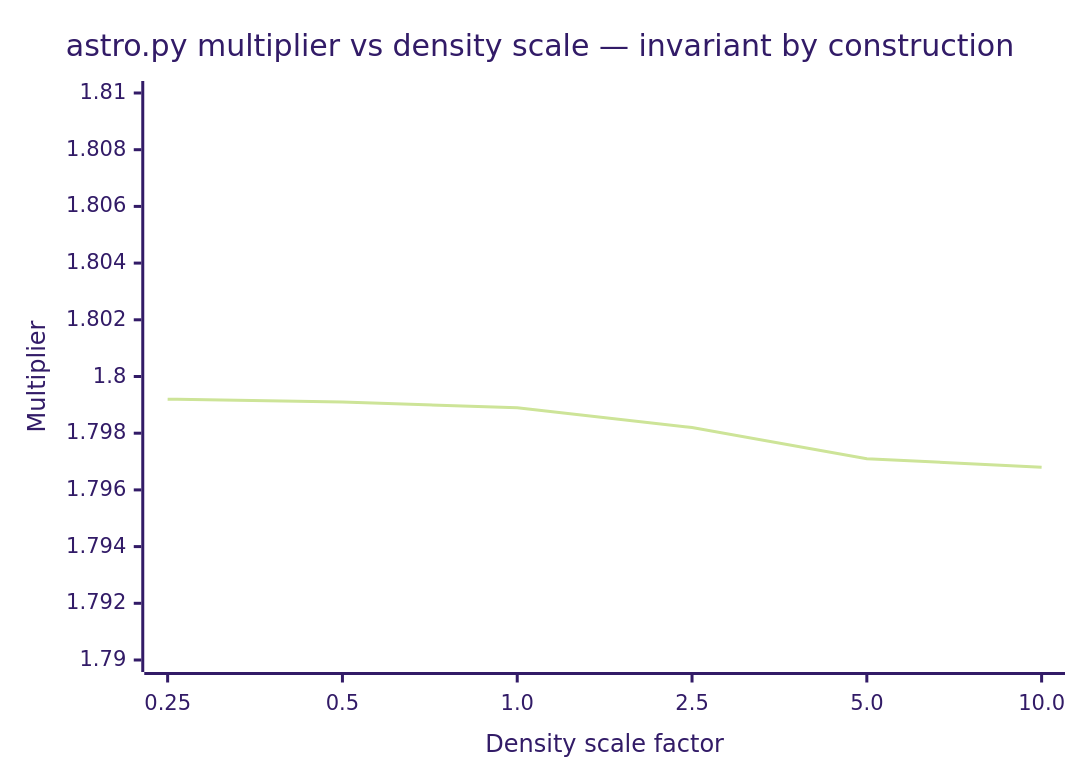
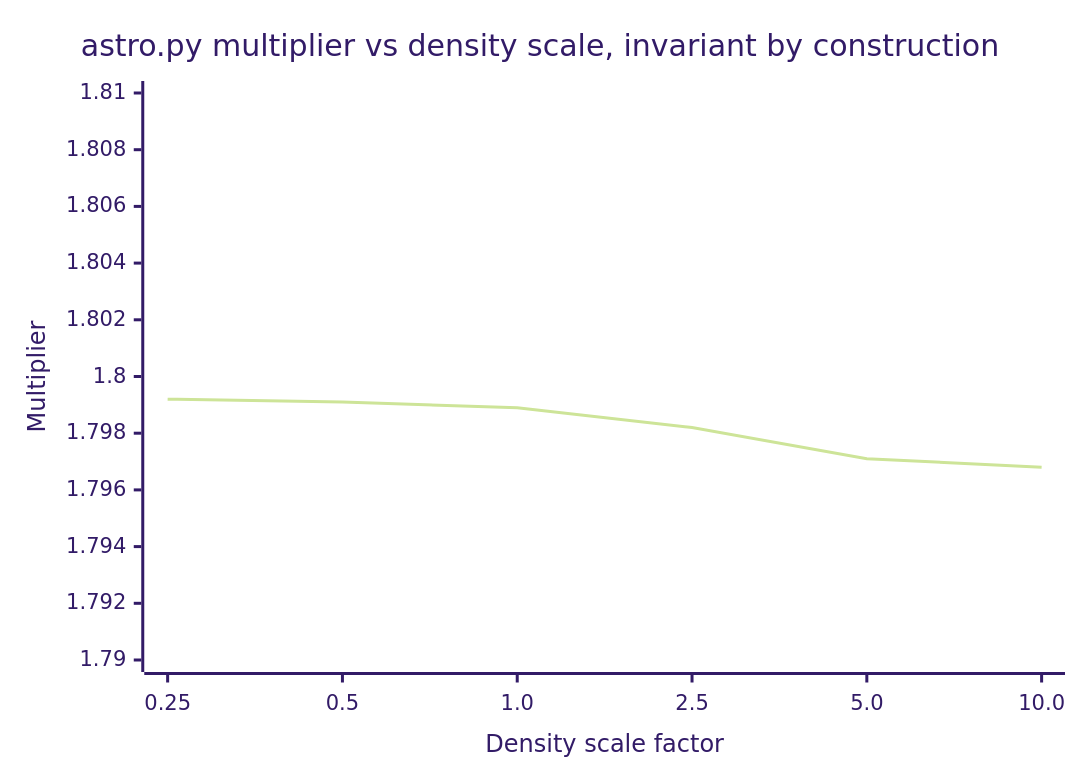
One commit to aaaaaaaaaaaavm/EMOCD changed diagram 11 of 11 in RESULTS.md. Above: the diagram before and after it, drawn with Mermaid (forest theme). The commit also changed other lines of this file and 72 other files, not shown here.

````diff
--- a/RESULTS.md
+++ b/RESULTS.md
@@ -289,7 +289,7 @@
 ```mermaid
 xychart-beta
-    title "astro.py multiplier vs density scale — invariant by construction"
+    title "astro.py multiplier vs density scale, invariant by construction"
     x-axis "Density scale factor" [0.25, 0.5, 1.0, 2.5, 5.0, 10.0]
     y-axis "Multiplier" 1.79 --> 1.81
     line [1.7992, 1.7991, 1.7989, 1.7982, 1.7971, 1.7968]
 ```
````
